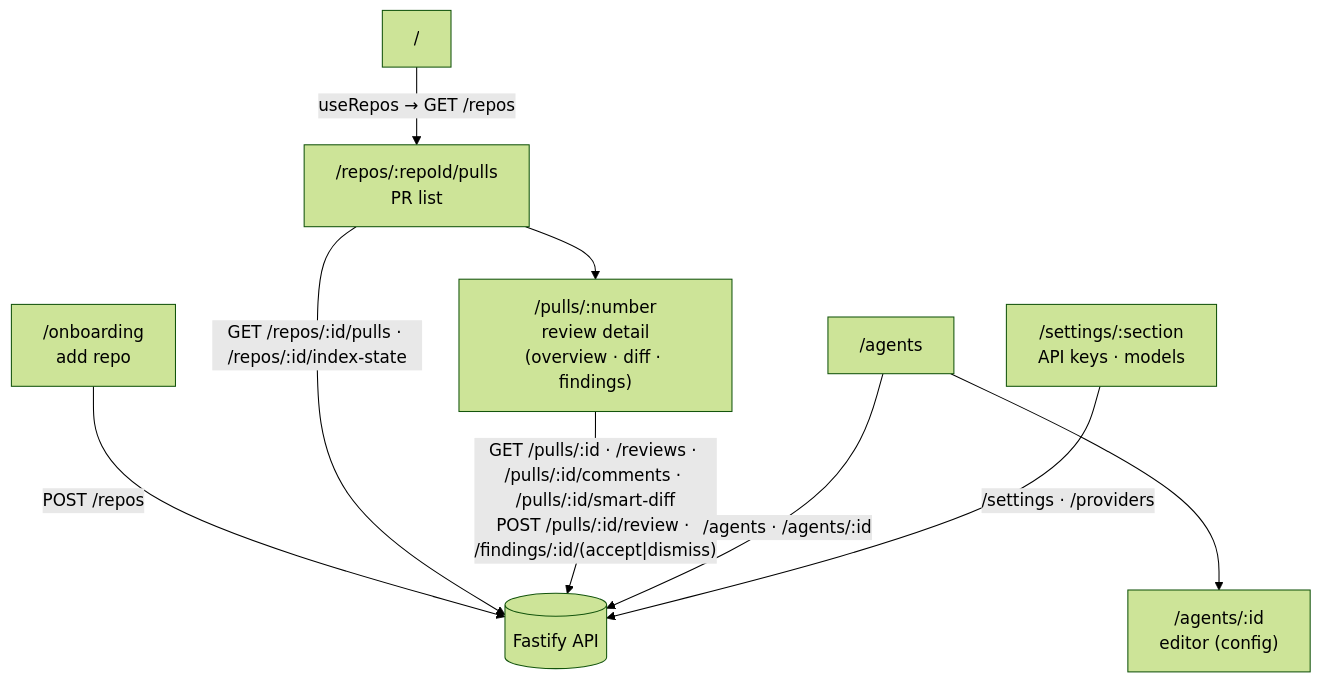
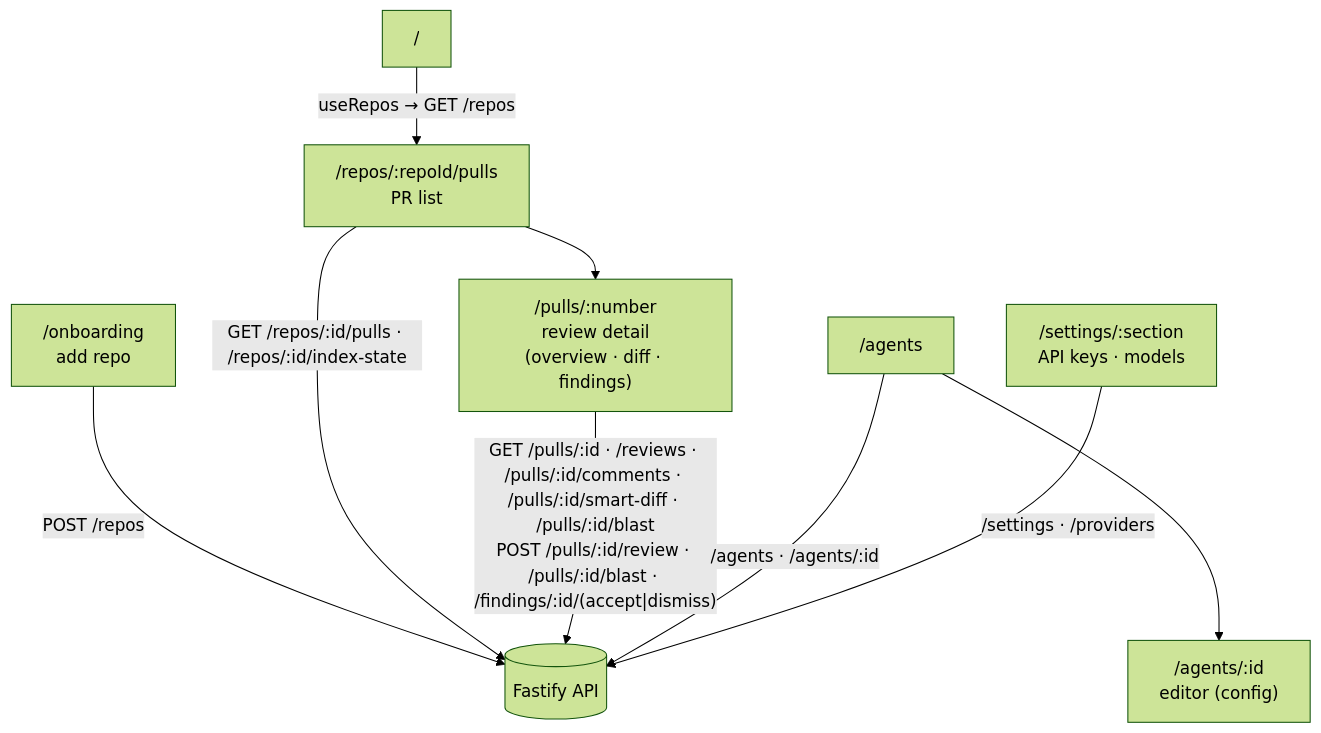
The diagram in client/README.md (lv211184pmi/dev-digest), drawn with Mermaid (forest theme) before and after one commit. The commit also changed other lines of this file and 93 other files, not shown here.

````diff
--- a/client/README.md
+++ b/client/README.md
@@ -24,14 +24,14 @@
 ```mermaid
 flowchart TD
   ROOT["/"] -->|"useRepos → GET /repos"| PULLS["/repos/:repoId/pulls<br/>PR list"]
   ONB["/onboarding<br/>add repo"] -->|"POST /repos"| API[("Fastify API")]
   PULLS --> PR["/pulls/:number<br/>review detail<br/>(overview · diff · findings)"]
 
   AGENTS["/agents"] --> AGENT["/agents/:id<br/>editor (config)"]
   SETTINGS["/settings/:section<br/>API keys · models"]
 
   PULLS -->|"GET /repos/:id/pulls · /repos/:id/index-state"| API
-  PR -->|"GET /pulls/:id · /reviews · /pulls/:id/comments · /pulls/:id/smart-diff<br/>POST /pulls/:id/review · /findings/:id/(accept|dismiss)"| API
+  PR -->|"GET /pulls/:id · /reviews · /pulls/:id/comments · /pulls/:id/smart-diff · /pulls/:id/blast<br/>POST /pulls/:id/review · /pulls/:id/blast · /findings/:id/(accept|dismiss)"| API
   AGENTS -->|"/agents · /agents/:id"| API
   SETTINGS -->|"/settings · /providers"| API
 ```
````
